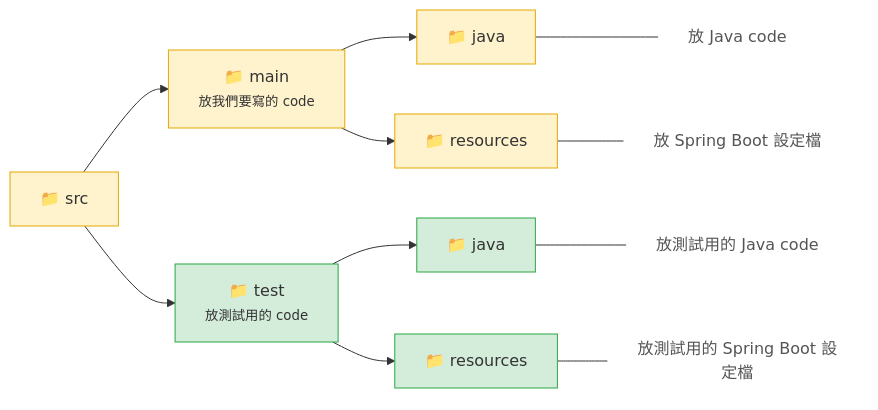
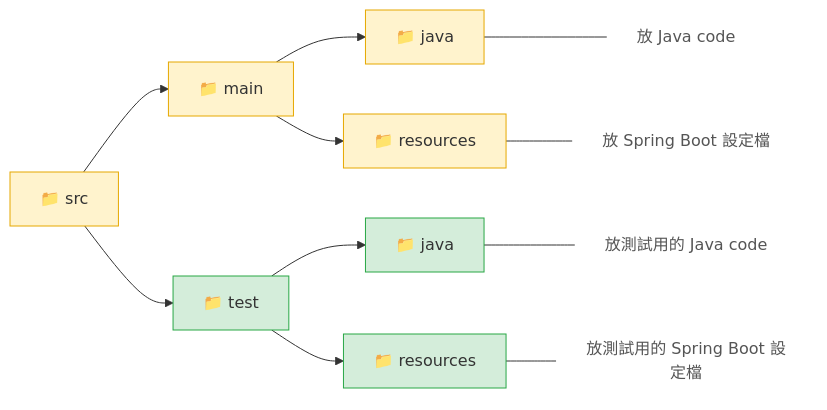
One commit to ytliuSVN/spring-boot-learning changed the diagram in chapter-02/07-讀取-Spring-Boot-設定檔-application.properties-Value.md. Above: the diagram before and after it, drawn with Mermaid.

Commit message:
Update project structure diagram

````diff
--- a/chapter-02/07-讀取-Spring-Boot-設定檔-application.properties-Value.md
+++ b/chapter-02/07-讀取-Spring-Boot-設定檔-application.properties-Value.md
@@ -5,25 +5,25 @@
 ```mermaid
 flowchart LR
     src["📁 src"]
 
-    src --> main["📁 main<br/><small>放我們要寫的 code</small>"]
-    src --> test["📁 test<br/><small>放測試用的 code</small>"]
+    src --> main["📁 main"]
+    src --> test["📁 test"]
 
     main --> mainJava["📁 java"]
     main --> mainRes["📁 resources"]
     mainJava --- mainJavaDesc["放 Java code"]
     mainRes --- mainResDesc["放 Spring Boot 設定檔"]
 
     test --> testJava["📁 java"]
     test --> testRes["📁 resources"]
     testJava --- testJavaDesc["放測試用的 Java code"]
     testRes --- testResDesc["放測試用的 Spring Boot 設定檔"]
 
     classDef mainFill fill:#fff3cd,stroke:#e6a800,color:#333
     classDef testFill fill:#d4edda,stroke:#28a745,color:#333
     classDef desc fill:none,stroke:none,color:#555
 
     class src,main,mainJava,mainRes mainFill
     class test,testJava,testRes testFill
     class mainJavaDesc,mainResDesc,testJavaDesc,testResDesc desc
 ```
````
